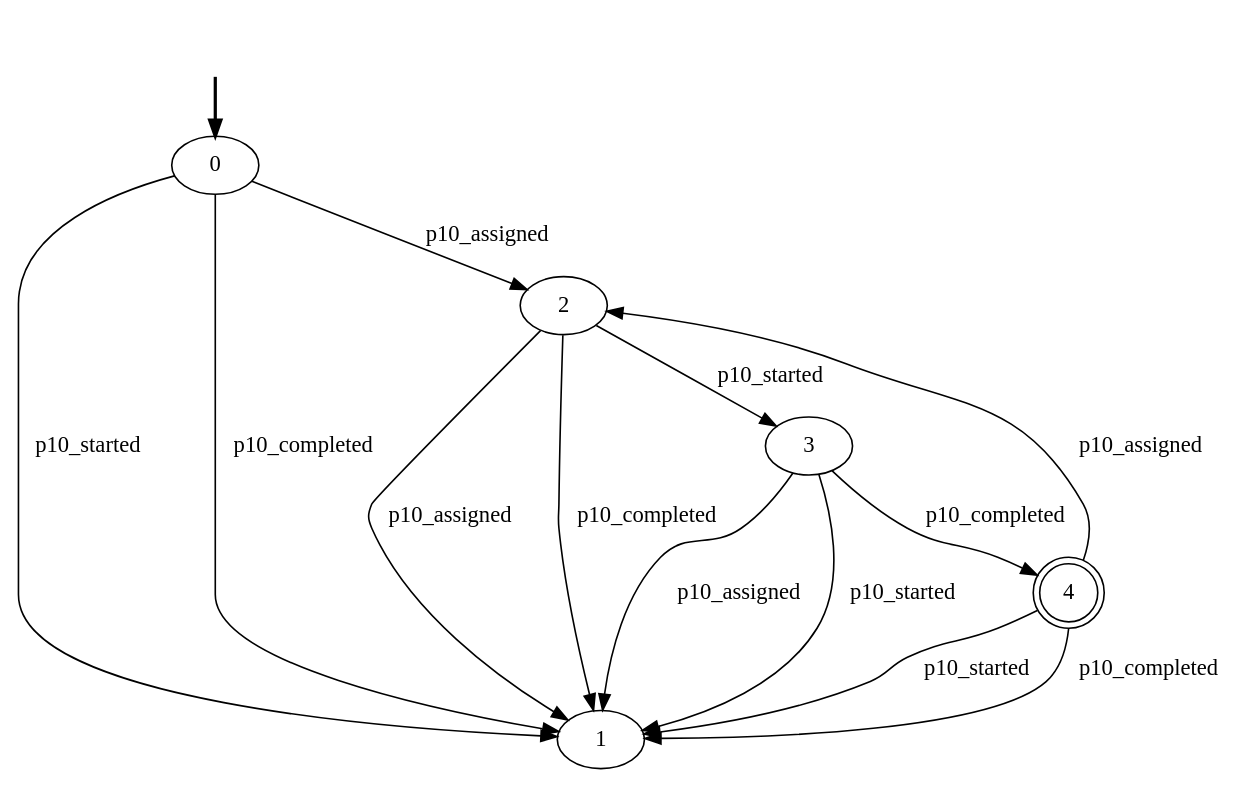
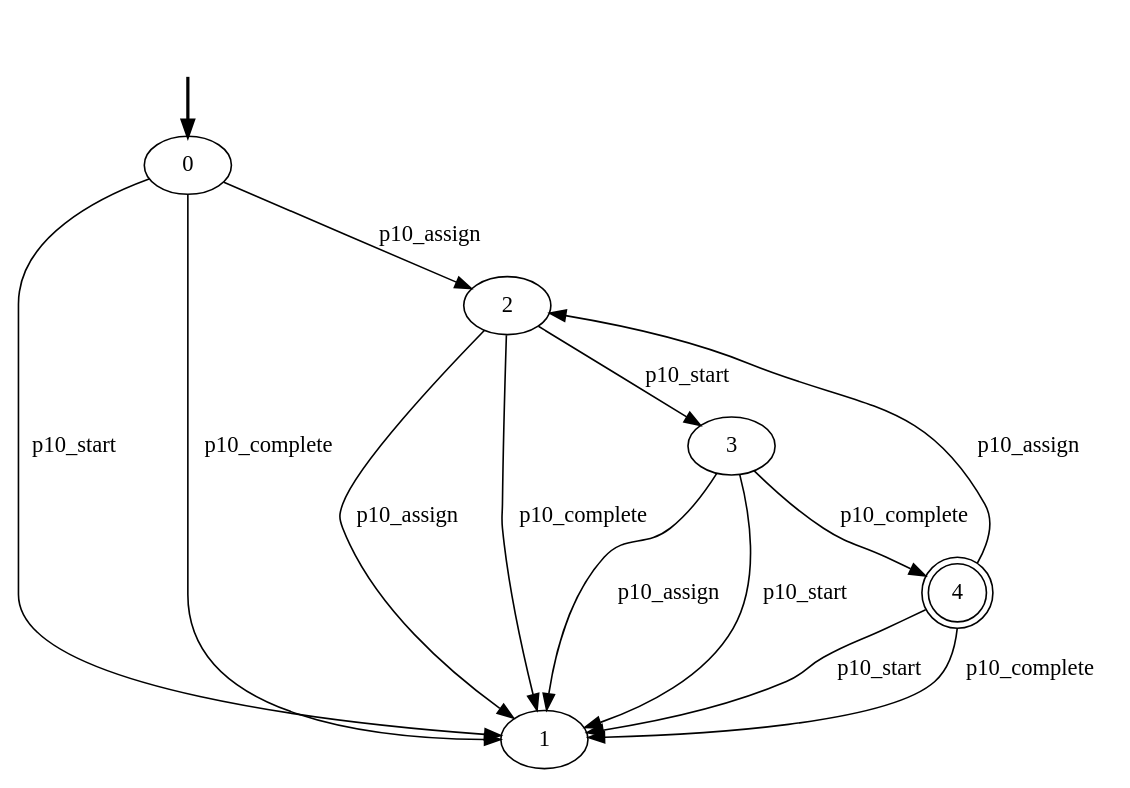
Before and after one commit to GianmarcoBordin/pddlTranslator: the diagram in out/production/Aligner/declarative-models/Data-Aware/5-CONSTRAINTS/p10_lifecycle.dot, drawn with Graphviz. The commit also changed 87 other files, not shown here.

```diff
--- a/out/production/Aligner/declarative-models/Data-Aware/5-CONSTRAINTS/p10_lifecycle.dot
+++ b/out/production/Aligner/declarative-models/Data-Aware/5-CONSTRAINTS/p10_lifecycle.dot
@@ -1,21 +1,21 @@
 digraph {
 		fake0 [style=invisible]
 		0 [root=true]
 		1
 		2
 		3
 		4 [shape=doublecircle]
 		fake0 -> 0 [style=bold]
-		2 -> 1 [label=p10_assigned]
-		2 -> 3 [label=p10_started]
-		2 -> 1 [label=p10_completed]
-		3 -> 1 [label=p10_assigned]
-		3 -> 1 [label=p10_started]
-		3 -> 4 [label=p10_completed]
-		4 -> 2 [label=p10_assigned]
-		4 -> 1 [label=p10_started]
-		4 -> 1 [label=p10_completed]
-		0 -> 2 [label=p10_assigned]
-		0 -> 1 [label=p10_started]
-		0 -> 1 [label=p10_completed]
+		2 -> 1 [label=p10_assign]
+		2 -> 3 [label=p10_start]
+		2 -> 1 [label=p10_complete]
+		3 -> 1 [label=p10_assign]
+		3 -> 1 [label=p10_start]
+		3 -> 4 [label=p10_complete]
+		4 -> 2 [label=p10_assign]
+		4 -> 1 [label=p10_start]
+		4 -> 1 [label=p10_complete]
+		0 -> 2 [label=p10_assign]
+		0 -> 1 [label=p10_start]
+		0 -> 1 [label=p10_complete]
 }
```
